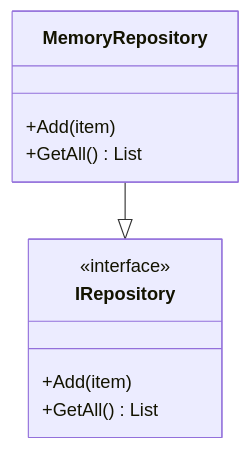
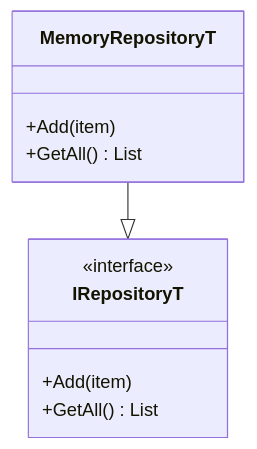
The second of 2 diagrams in Generics.md (buribalkan/C-SHARP-Training), drawn with Mermaid before and after one commit. The commit also changed other lines of this file, not shown here.

````diff
--- a/Generics.md
+++ b/Generics.md
@@ -212,15 +212,15 @@
 ```mermaid
 classDiagram
-    class IRepository {
+    class IRepositoryT {
         <<interface>>
         +Add(item)
         +GetAll() List
     }
 
-    class MemoryRepository {
+    class MemoryRepositoryT {
         +Add(item)
         +GetAll() List
     }
 
-    MemoryRepository --|> IRepository
+    MemoryRepositoryT --|> IRepositoryT
 ```
````
